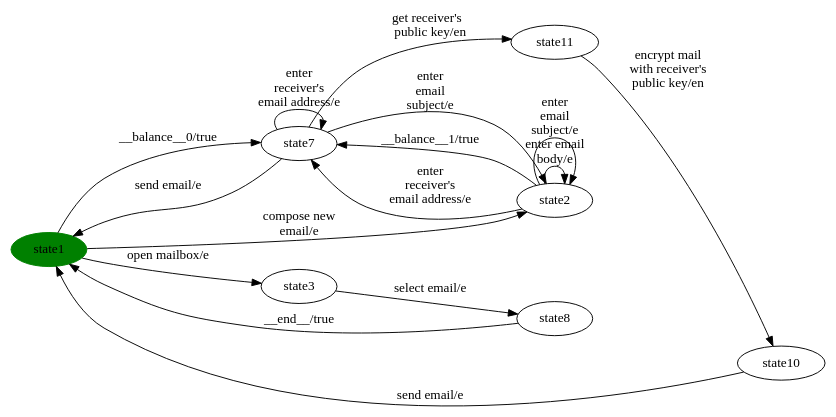
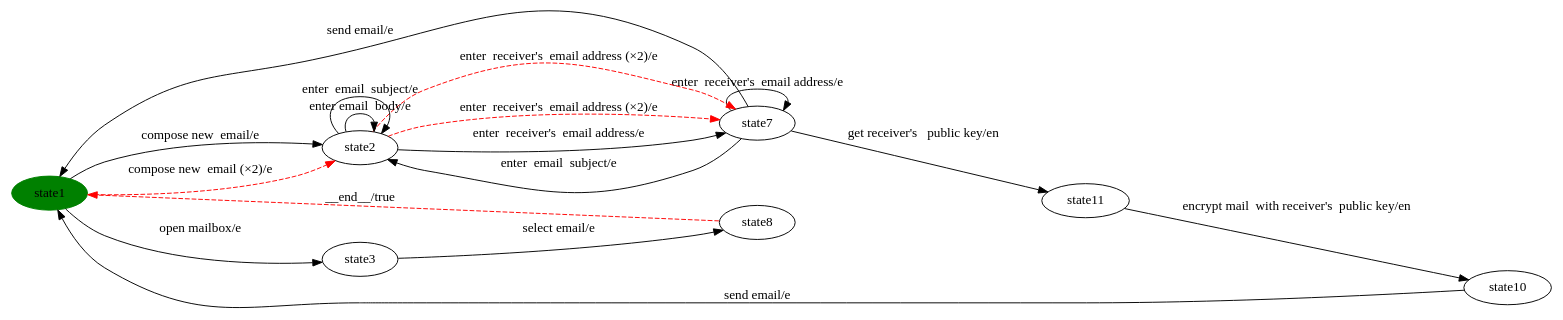
The diagram in milestone-reports/full-pipeline-walkthrough/eMail/eMail-step4-balanced.dot (dilekozturk93/vibes), drawn with Graphviz before and after one commit. The commit also changed 36 other files, not shown here.

```diff
--- a/milestone-reports/full-pipeline-walkthrough/eMail/eMail-step4-balanced.dot
+++ b/milestone-reports/full-pipeline-walkthrough/eMail/eMail-step4-balanced.dot
@@ -1,38 +1,26 @@
 digraph G {
 rankdir=LR;
 state0[ label = "state1", style=filled, color=green ];
 state1 [ label = "state11" ];
-state1 -> state2 [ label=" encrypt mail 
-with receiver's 
-public key/en " ];
-state3 [ label = "state8" ];
-state3 -> state0 [ label=" __end__/true " ];
-state2 [ label = "state10" ];
-state2 -> state0 [ label=" send email/e " ];
+state2 [ label = "state8" ];
+state3 [ label = "state10" ];
 state4 [ label = "state7" ];
+state5 [ label = "state2" ];
+state6 [ label = "state3" ];
 state4 -> state0 [ label=" send email/e " ];
-state4 -> state1 [ label=" get receiver's  
-public key/en " ];
-state4 -> state5 [ label=" enter
- email 
-subject/e " ];
-state4 -> state4 [ label=" enter 
-receiver's 
-email address/e " ];
-state5 [ label = "state2" ];
-state5 -> state4 [ label=" __balance__1/true " ];
-state5 -> state4 [ label=" enter 
-receiver's 
-email address/e " ];
-state5 -> state5 [ label=" enter email 
-body/e " ];
-state5 -> state5 [ label=" enter
- email 
-subject/e " ];
+state4 -> state1 [ label=" get receiver's   public key/en " ];
+state1 -> state3 [ label=" encrypt mail  with receiver's  public key/en " ];
+state6 -> state2 [ label=" select email/e " ];
+state5 -> state4 [ label=" enter  receiver's  email address/e " ];
+state4 -> state5 [ label=" enter  email  subject/e " ];
+state0 -> state5 [ label=" compose new  email (×2)/e ", style=dashed, color=red ];
+state5 -> state4 [ label=" enter  receiver's  email address (×2)/e ", style=dashed, color=red ];
+state2 -> state0 [ label=" __end__/true ", style=dashed, color=red ];
 state0 -> state6 [ label=" open mailbox/e " ];
-state0 -> state5 [ label=" compose new 
-email/e " ];
-state0 -> state4 [ label=" __balance__0/true " ];
-state6 [ label = "state3" ];
-state6 -> state3 [ label=" select email/e " ];
+state0 -> state5 [ label=" compose new  email/e " ];
+state5 -> state5 [ label=" enter email  body/e " ];
+state5 -> state5 [ label=" enter  email  subject/e " ];
+state5 -> state4 [ label=" enter  receiver's  email address (×2)/e ", style=dashed, color=red ];
+state3 -> state0 [ label=" send email/e " ];
+state4 -> state4 [ label=" enter  receiver's  email address/e " ];
 }
```
